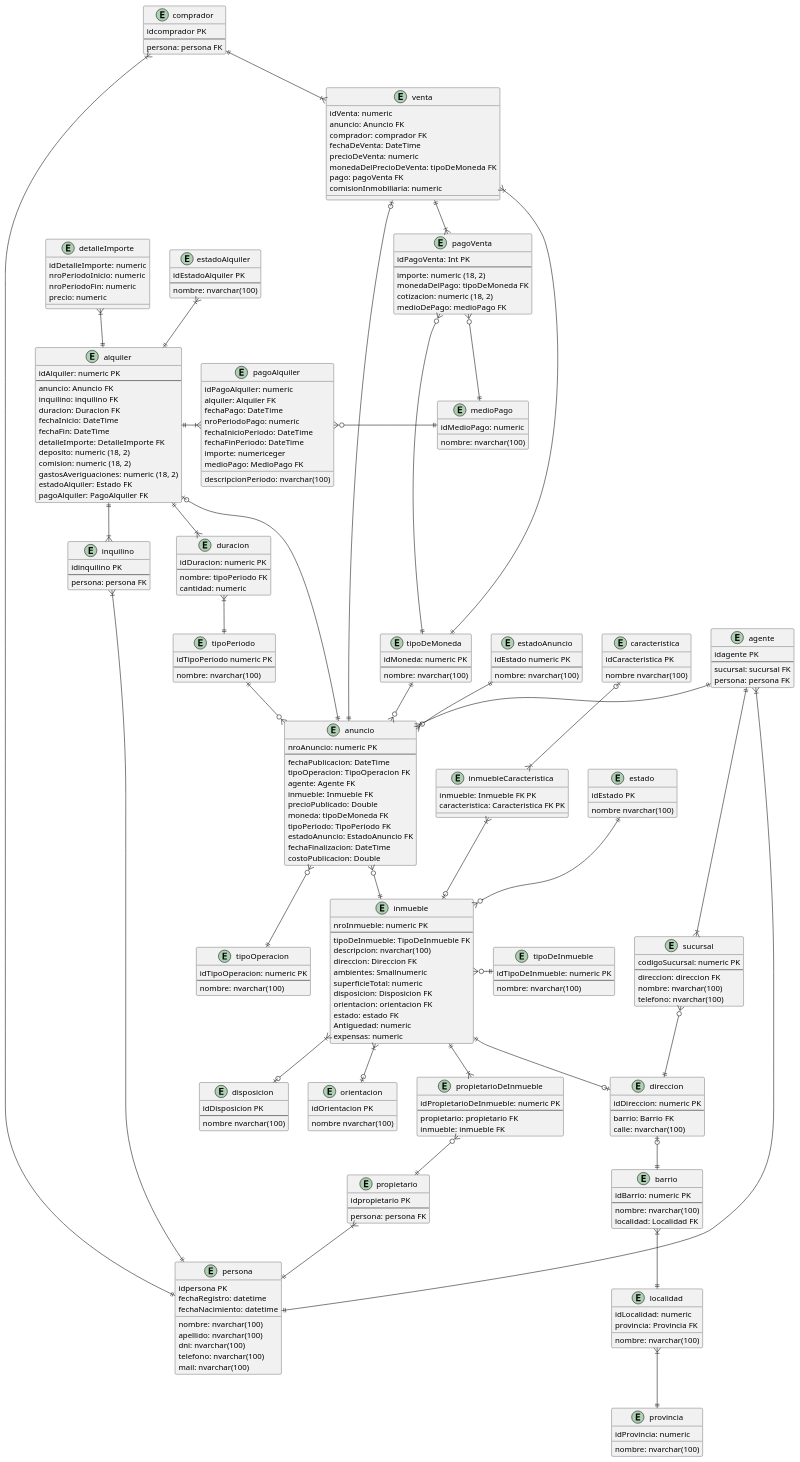
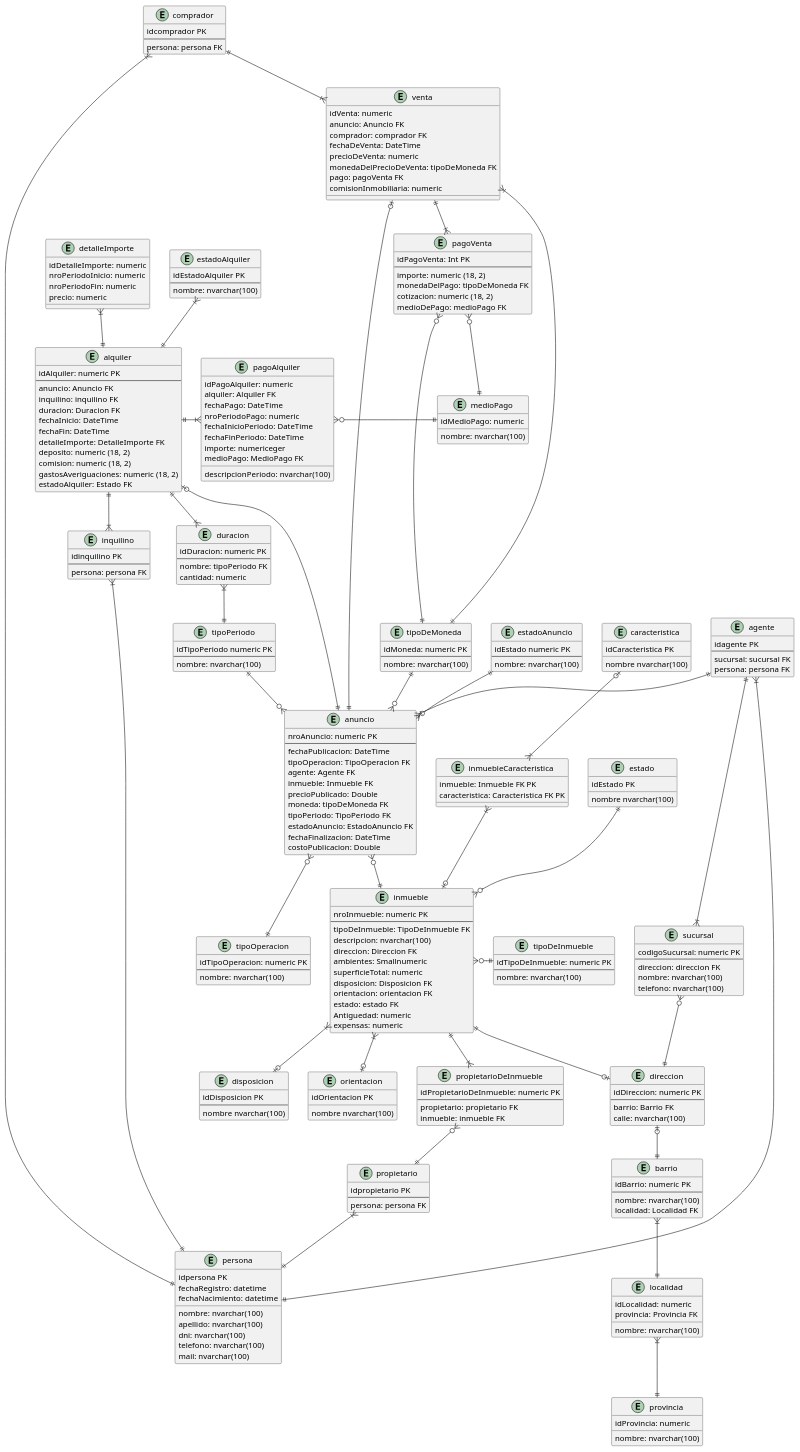
The diagram in der.wsd (manutorrente/TP-GDD), drawn with PlantUML before and after one commit. The commit also changed 3 other files, not shown here.

```diff
--- a/der.wsd
+++ b/der.wsd
@@ -14,7 +14,6 @@
     comision: numeric (18, 2)
     gastosAveriguaciones: numeric (18, 2)
     estadoAlquiler: Estado FK
-    pagoAlquiler: PagoAlquiler FK
 }
 
 entity duracion {
```
